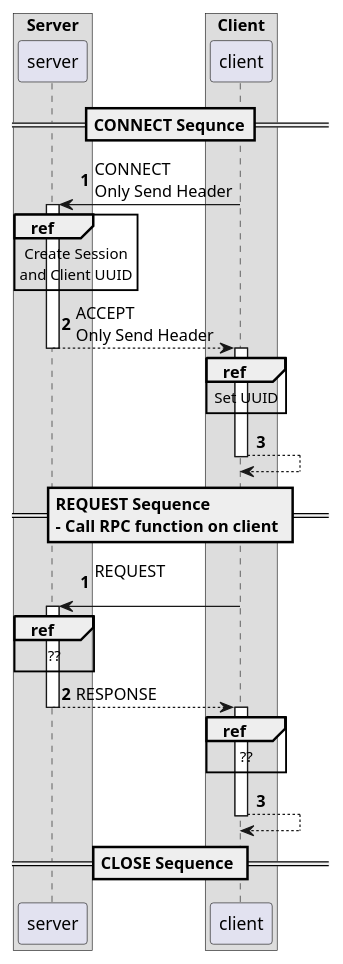
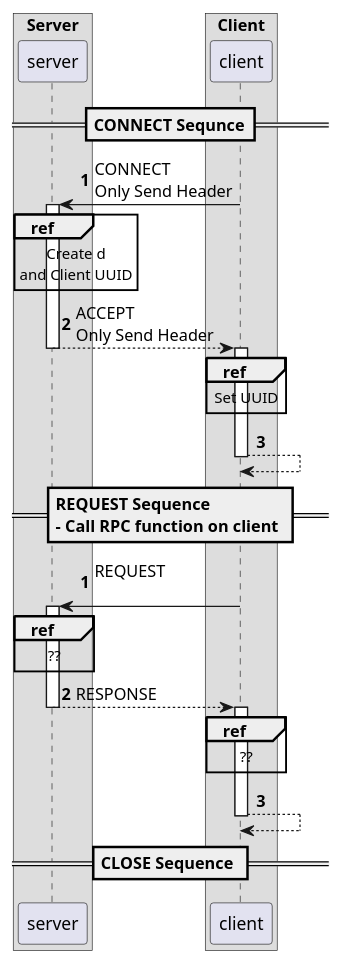
Before and after one commit to ISSuh/SimpleRPC: the diagram in documents/uml/connectSequence.plantuml, drawn with PlantUML. The commit also changed 8 other files, not shown here.

```diff
--- a/documents/uml/connectSequence.plantuml
+++ b/documents/uml/connectSequence.plantuml
@@ -1,46 +1,46 @@
 @startuml SimpleRPC_Sequence_Connect
 
 box Server
 participant server
 end box
 
 box Client
 participant client
 end box
 
 == CONNECT Sequnce==
 autonumber
 
 server <- client : CONNECT\nOnly Send Header
 activate server
-  ref over server : Create Session\nand Client UUID
+  ref over server : Create d\nand Client UUID
   
   server --> client : ACCEPT\nOnly Send Header
 deactivate
 
 activate client
   ref over client : Set UUID
 
   client --> client
 deactivate
 
 == REQUEST Sequence \n- Call RPC function on client ==
 autonumber
 
 server <- client : REQUEST\n
 activate server
   ref over server : ??
   
   server --> client : RESPONSE
 deactivate
 
 activate client
   ref over client : ??
 
   client --> client
 deactivate
 
 == CLOSE Sequence ==
 
 
 @enduml
```
